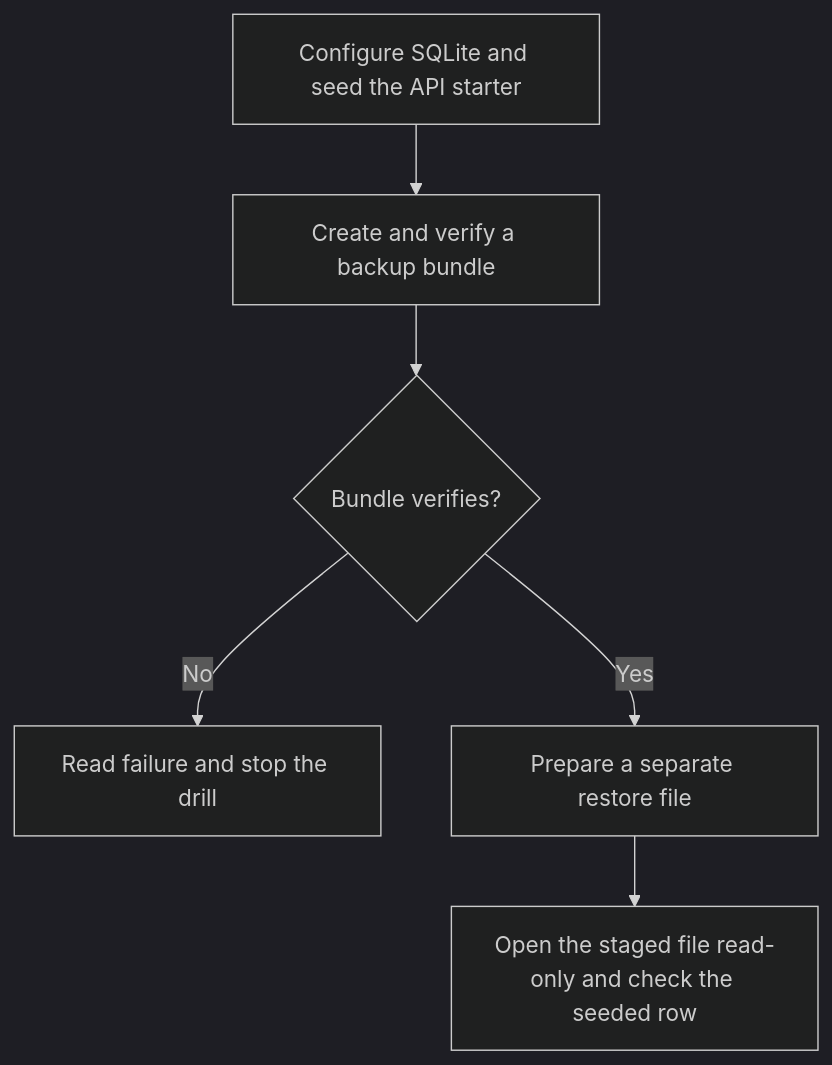
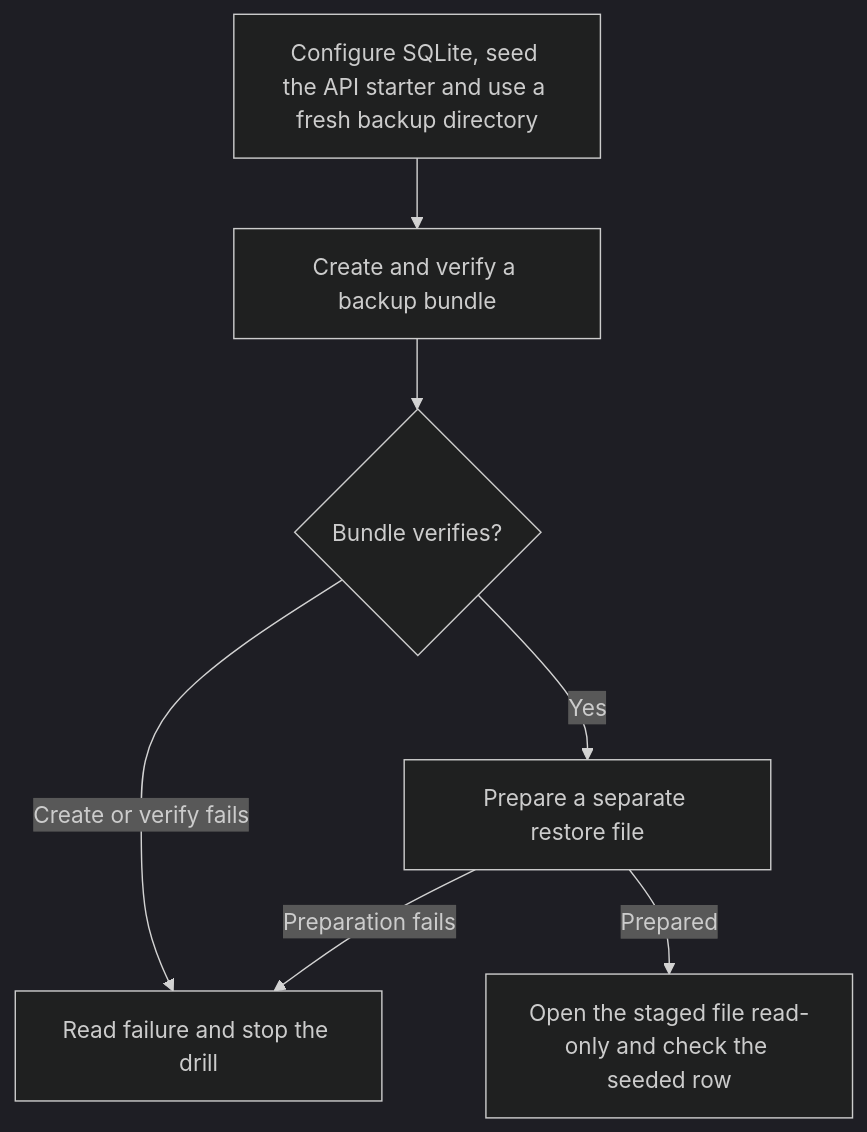
The first of 2 diagrams in user-stories/operations/us-ops-11-recover-a-sqlite-row.md (Kevinjohn/oss-adonisjs-starter-examples), drawn with Mermaid (dark theme) before and after one commit. The commit also changed other lines of this file and 5 other files, not shown here.

````diff
--- a/user-stories/operations/us-ops-11-recover-a-sqlite-row.md
+++ b/user-stories/operations/us-ops-11-recover-a-sqlite-row.md
@@ -20,8 +20,9 @@
 ```mermaid
 flowchart TD
-    A["Configure SQLite and seed the API starter"] --> B["Create and verify a backup bundle"]
+    A["Configure SQLite, seed the API starter and use a fresh backup directory"] --> B["Create and verify a backup bundle"]
     B --> C{"Bundle verifies?"}
-    C -->|No| D["Read failure and stop the drill"]
+    C -->|Create or verify fails| D["Read failure and stop the drill"]
     C -->|Yes| E["Prepare a separate restore file"]
-    E --> F["Open the staged file read-only and check the seeded row"]
+    E -->|Prepared| F["Open the staged file read-only and check the seeded row"]
+    E -->|Preparation fails| D
 ```
````
